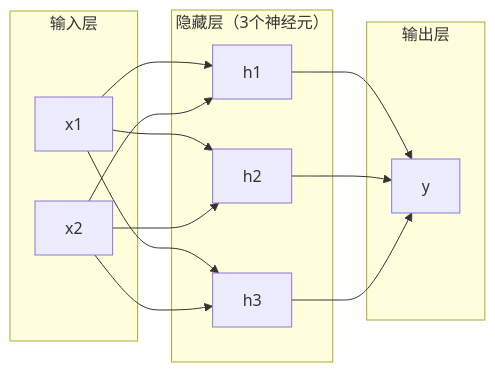
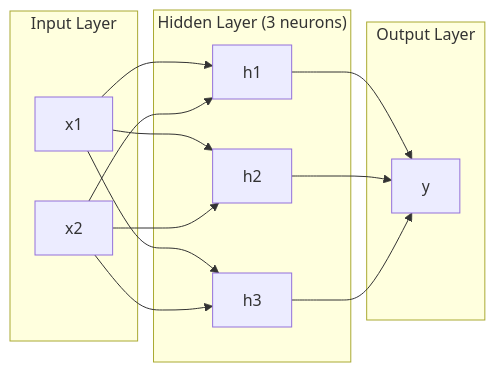
The first of 3 diagrams in i18n/zh/phases/03-deep-learning-core/02-multi-layer-networks/docs/zh.md (xiaojiaenen/ai-engineering-from-scratch-zh), drawn with Mermaid before and after one commit. The commit also changed other lines of this file and 13 other files, not shown here.

````diff
--- a/i18n/zh/phases/03-deep-learning-core/02-multi-layer-networks/docs/zh.md
+++ b/i18n/zh/phases/03-deep-learning-core/02-multi-layer-networks/docs/zh.md
@@ -39,24 +39,24 @@
 ```mermaid
 graph LR
-    subgraph Input["输入层"]
+    subgraph Input["Input Layer"]
         x1["x1"]
         x2["x2"]
     end
-    subgraph Hidden["隐藏层（3个神经元）"]
+    subgraph Hidden["Hidden Layer (3 neurons)"]
         h1["h1"]
         h2["h2"]
         h3["h3"]
     end
-    subgraph Output["输出层"]
+    subgraph Output["Output Layer"]
         y["y"]
     end
     x1 --> h1
     x1 --> h2
     x1 --> h3
     x2 --> h1
     x2 --> h2
     x2 --> h3
     h1 --> y
     h2 --> y
     h3 --> y
 ```
````
